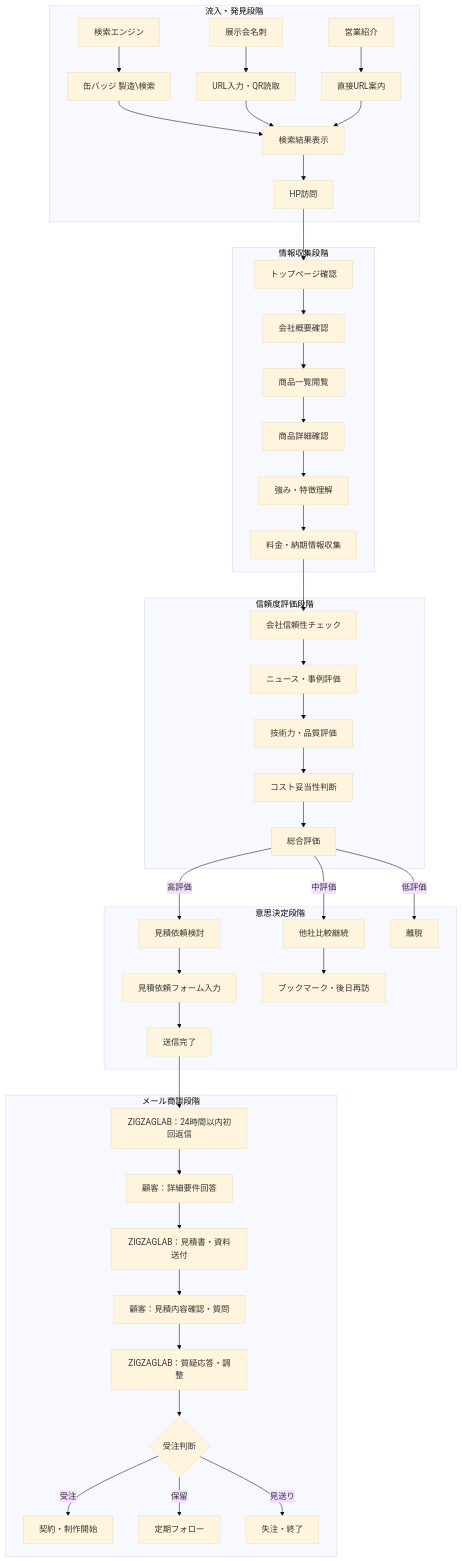
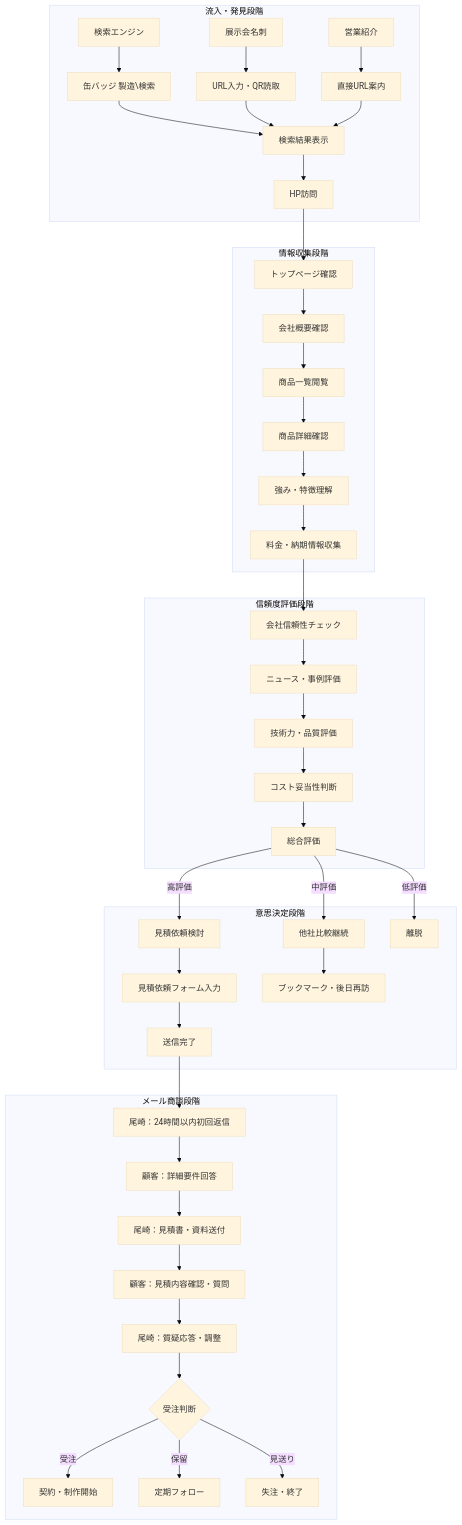
The diagram in docs/requirement-definition/01-basic/11-activity-diagram-phase2.md (ShotaGhoona/zigzaglab-02), drawn with Mermaid (base theme) before and after one commit. The commit also changed 6 other files, not shown here.

````diff
--- a/docs/requirement-definition/01-basic/11-activity-diagram-phase2.md
+++ b/docs/requirement-definition/01-basic/11-activity-diagram-phase2.md
@@ -12,50 +12,50 @@
 ```mermaid
 flowchart TD
     subgraph "流入・発見段階"
         A1[検索エンジン] --> A2["缶バッジ 製造\"検索]
         A3[展示会名刺] --> A4[URL入力・QR読取]
         A5[営業紹介] --> A6[直接URL案内]
         A2 --> B1[検索結果表示]
         A4 --> B1
         A6 --> B1
         B1 --> B2[HP訪問]
     end
     
     subgraph "情報収集段階"
         B2 --> C1[トップページ確認]
         C1 --> C2[会社概要確認]
         C2 --> C3[商品一覧閲覧]
         C3 --> C4[商品詳細確認]
         C4 --> C5[強み・特徴理解]
         C5 --> C6[料金・納期情報収集]
     end
     
     subgraph "信頼度評価段階"
         C6 --> D1[会社信頼性チェック]
         D1 --> D2[ニュース・事例評価]
         D2 --> D3[技術力・品質評価]
         D3 --> D4[コスト妥当性判断]
         D4 --> D5[総合評価]
     end
     
     subgraph "意思決定段階"
         D5 -->|高評価| E1[見積依頼検討]
         D5 -->|中評価| E2[他社比較継続]
         D5 -->|低評価| E3[離脱]
         E1 --> E4[見積依頼フォーム入力]
         E2 --> E5[ブックマーク・後日再訪]
         E4 --> E6[送信完了]
     end
     
     subgraph "メール商談段階"
-        E6 --> F1[ZIGZAGLAB：24時間以内初回返信]
+        E6 --> F1[尾崎：24時間以内初回返信]
         F1 --> F2[顧客：詳細要件回答]
-        F2 --> F3[ZIGZAGLAB：見積書・資料送付]
+        F2 --> F3[尾崎：見積書・資料送付]
         F3 --> F4[顧客：見積内容確認・質問]
-        F4 --> F5[ZIGZAGLAB：質疑応答・調整]
+        F4 --> F5[尾崎：質疑応答・調整]
         F5 --> F6{受注判断}
         F6 -->|受注| F7[契約・制作開始]
         F6 -->|保留| F8[定期フォロー]
         F6 -->|見送り| F9[失注・終了]
     end
 ```
````
